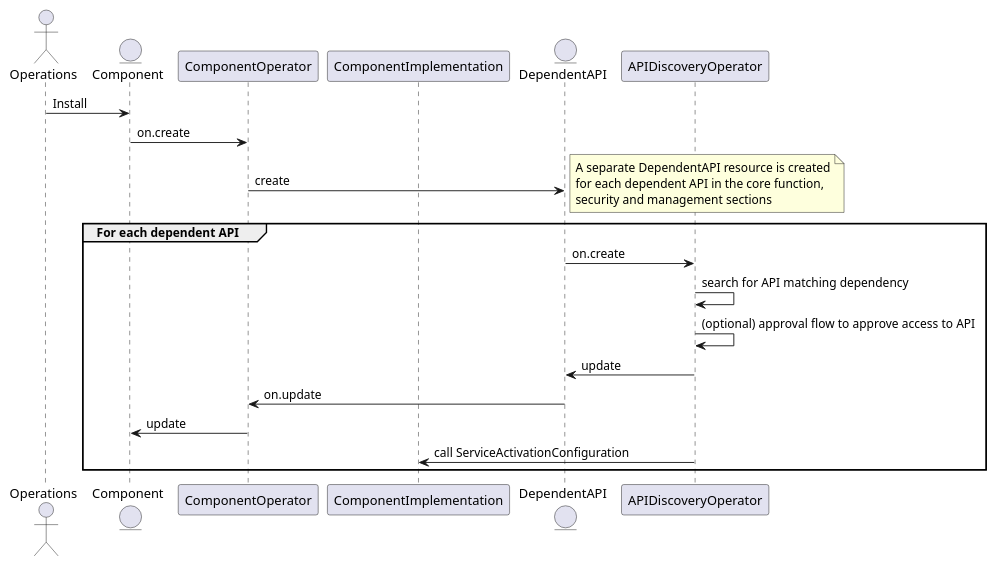
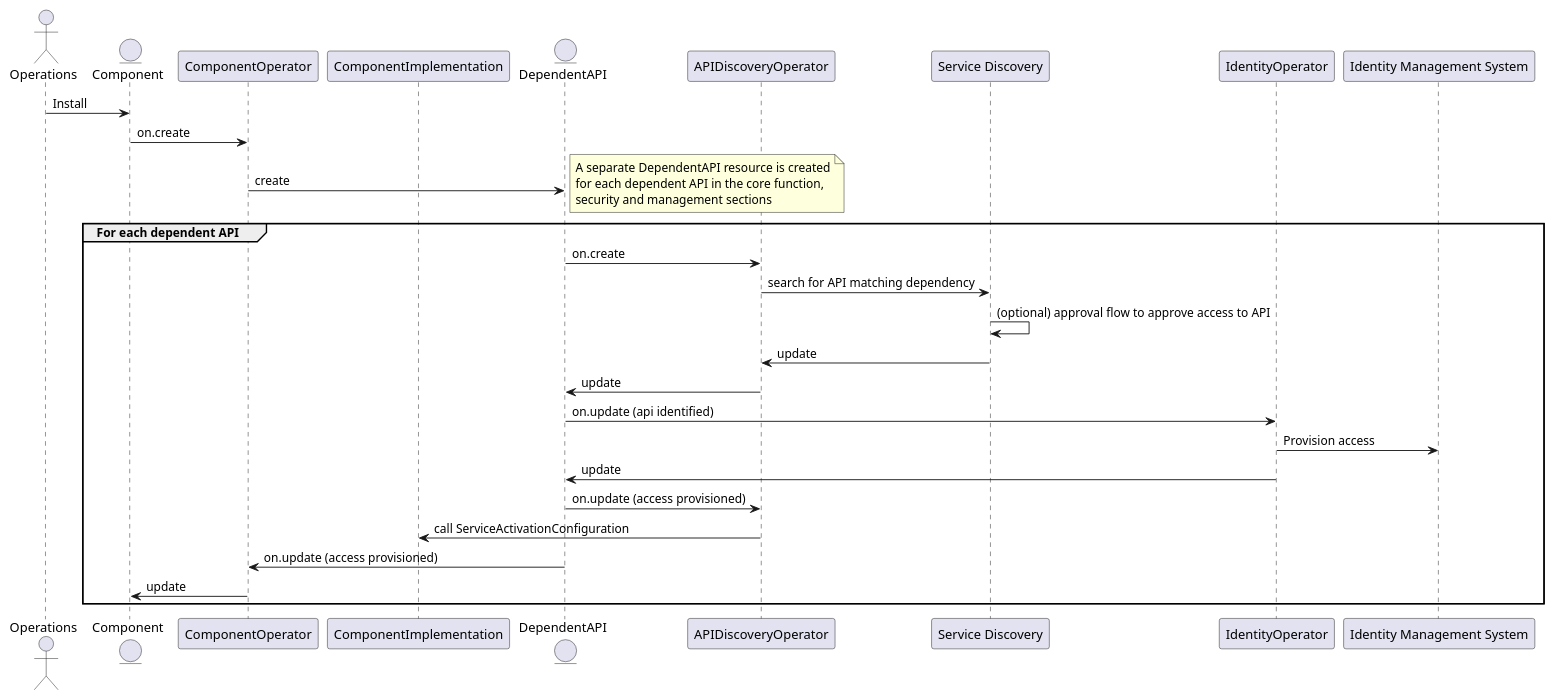
The diagram in oda-canvas-ctk/usecase-library/Discover-dependent-API-for-component/discoverDependentAPI.puml (tmforum-oda/oda-canvas), drawn with PlantUML before and after one commit. The commit also changed 3 other files, not shown here.

```diff
--- a/oda-canvas-ctk/usecase-library/Discover-dependent-API-for-component/discoverDependentAPI.puml
+++ b/oda-canvas-ctk/usecase-library/Discover-dependent-API-for-component/discoverDependentAPI.puml
@@ -1,31 +1,36 @@
 @startuml
 
 actor Operations
 entity Component
 participant ComponentOperator
 participant ComponentImplementation
 entity DependentAPI
 participant APIDiscoveryOperator
 
 
 
 Component <- Operations : Install
 Component -> ComponentOperator: on.create 
 ComponentOperator -> DependentAPI: create
 note right
     A separate DependentAPI resource is created
     for each dependent API in the core function,
     security and management sections
 end note
 group For each dependent API
     DependentAPI -> APIDiscoveryOperator: on.create 
-    APIDiscoveryOperator -> APIDiscoveryOperator : search for API matching dependency
-    APIDiscoveryOperator -> APIDiscoveryOperator : (optional) approval flow to approve access to API
+    APIDiscoveryOperator -> "Service Discovery" : search for API matching dependency
+    "Service Discovery" -> "Service Discovery" : (optional) approval flow to approve access to API
+    APIDiscoveryOperator <- "Service Discovery" : update
     DependentAPI <- APIDiscoveryOperator: update
-    ComponentOperator <- DependentAPI: on.update
+    DependentAPI -> IdentityOperator: on.update (api identified)
+    IdentityOperator -> "Identity Management System" : Provision access
+    DependentAPI <- IdentityOperator: update
+    DependentAPI -> APIDiscoveryOperator: on.update (access provisioned)
+    ComponentImplementation <- APIDiscoveryOperator: call ServiceActivationConfiguration
+    ComponentOperator <- DependentAPI: on.update (access provisioned)
     Component <- ComponentOperator: update 
-    ComponentImplementation <- APIDiscoveryOperator: call ServiceActivationConfiguration
 end
 
 
 @enduml
```
